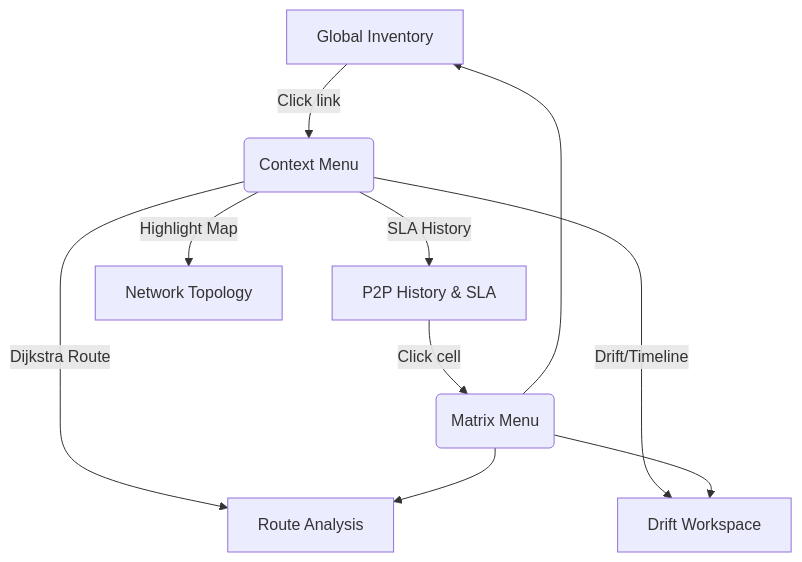
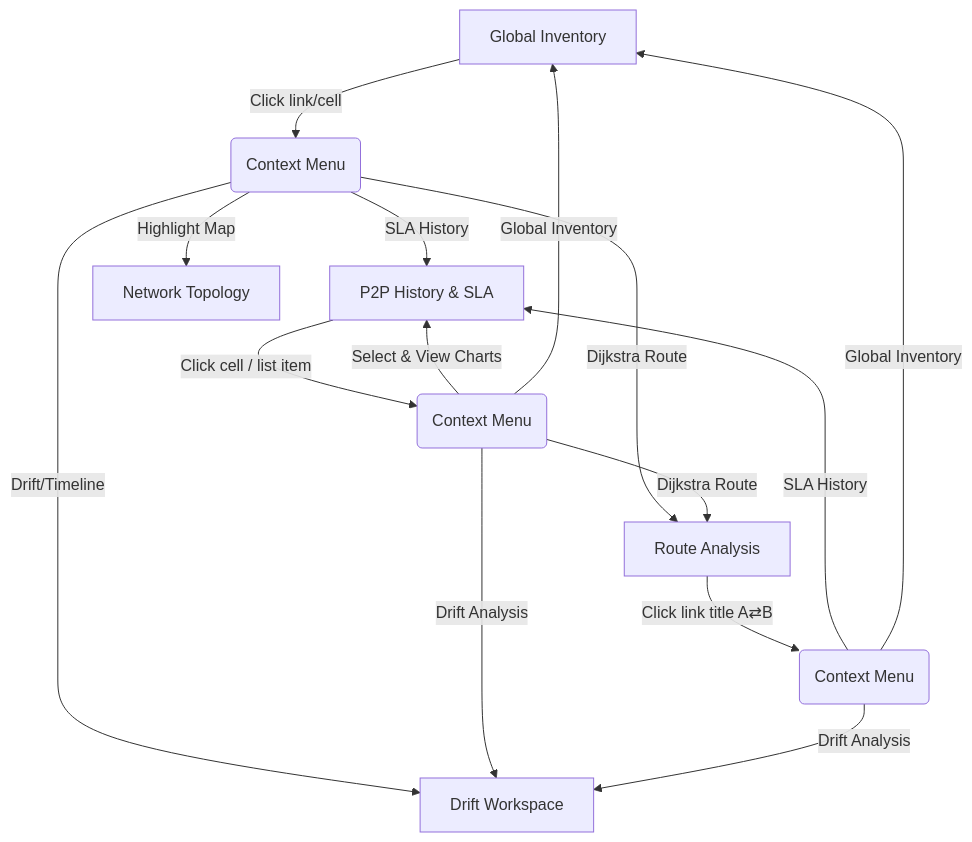
One commit to flashbsb/network-data-extractor changed the second of 2 diagrams in README.md. Above: the diagram before and after it, drawn with Mermaid. The commit also changed other lines of this file and 5 other files, not shown here.

````diff
--- a/README.md
+++ b/README.md
@@ -207,13 +207,19 @@
 ```mermaid
 graph TD
-    A[Global Inventory] -->|Click link| B(Context Menu)
+    A[Global Inventory] -->|Click link/cell| B(Context Menu)
     B -->|SLA History| C[P2P History & SLA]
     B -->|Dijkstra Route| D[Route Analysis]
     B -->|Drift/Timeline| E[Drift Workspace]
     B -->|Highlight Map| F[Network Topology]
     
-    C -->|Click cell| G(Matrix Menu)
-    G --> A
-    G --> D
-    G --> E
+    C -->|Click cell / list item| G(Context Menu)
+    G -->|Select & View Charts| C
+    G -->|Dijkstra Route| D
+    G -->|Global Inventory| A
+    G -->|Drift Analysis| E
+
+    D -->|Click link title A⇄B| H(Context Menu)
+    H -->|SLA History| C
+    H -->|Global Inventory| A
+    H -->|Drift Analysis| E
 ```
````
